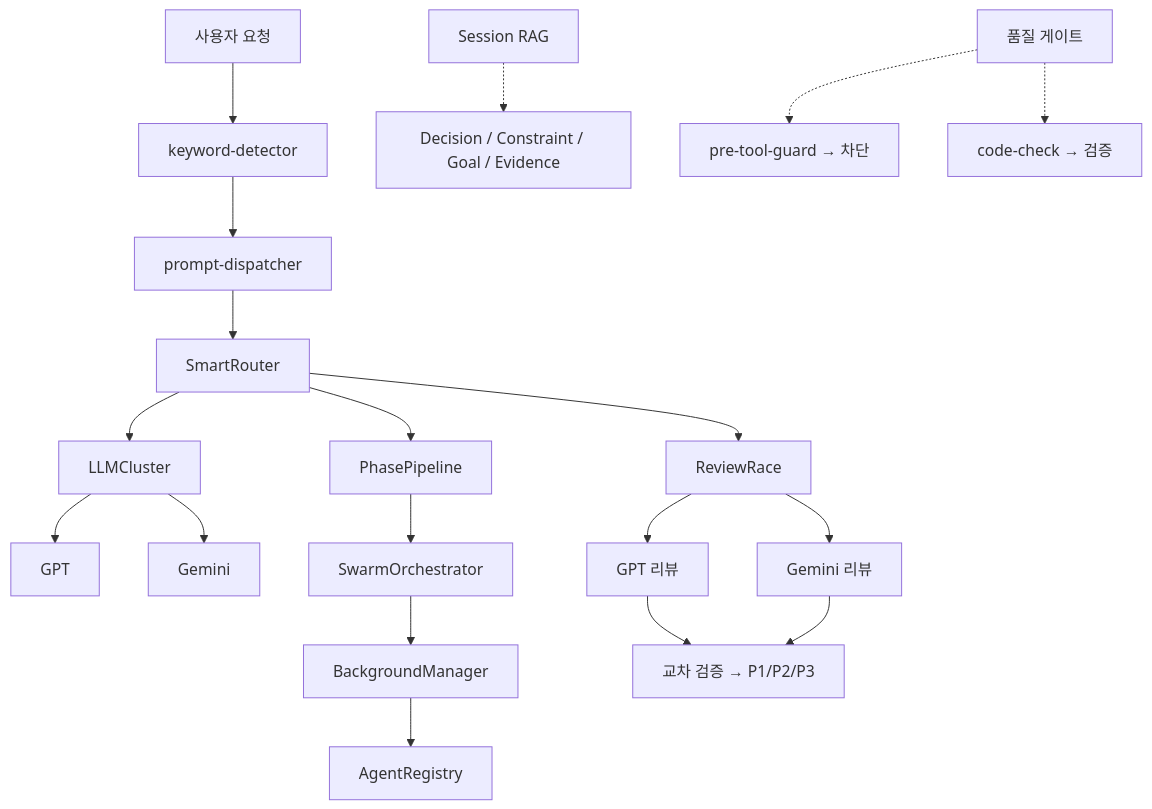
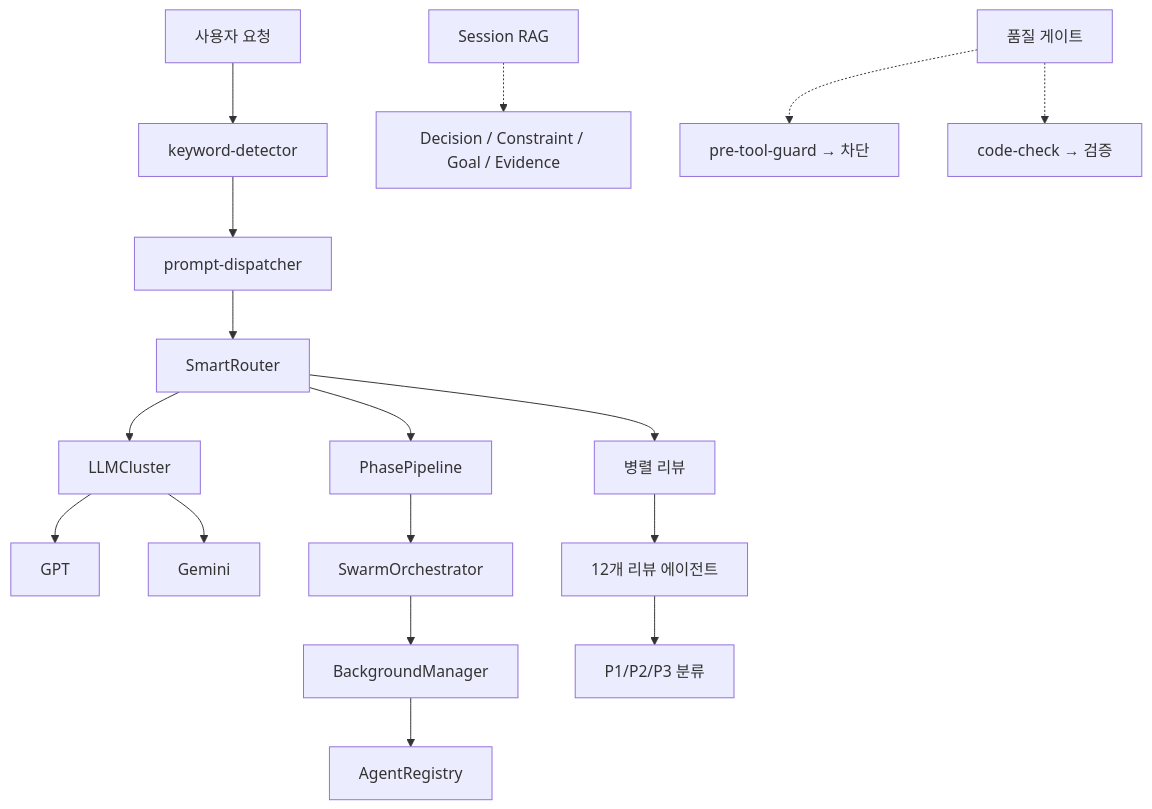
Before and after one commit to su-record/vibe: the second of 2 diagrams in README.md, drawn with Mermaid. The commit also changed other lines of this file, not shown here.

````diff
--- a/README.md
+++ b/README.md
@@ -413,25 +417,23 @@
 ```mermaid
 flowchart TD
     A["사용자 요청"] --> B["keyword-detector"]
     B --> C["prompt-dispatcher"]
     C --> D["SmartRouter"]
 
     D --> E["LLMCluster"]
     E --> E1["GPT"]
     E --> E2["Gemini"]
 
     D --> F["PhasePipeline"]
     F --> G["SwarmOrchestrator"]
     G --> H["BackgroundManager"]
     H --> I["AgentRegistry"]
 
-    D --> J["ReviewRace"]
-    J --> J1["GPT 리뷰"]
-    J --> J2["Gemini 리뷰"]
-    J1 --> K["교차 검증 → P1/P2/P3"]
-    J2 --> K
+    D --> J["병렬 리뷰"]
+    J --> J1["12개 리뷰 에이전트"]
+    J1 --> K["P1/P2/P3 분류"]
 
     L["Session RAG"] -.-> M["Decision / Constraint / Goal / Evidence"]
     O["품질 게이트"] -.-> P["pre-tool-guard → 차단"]
     O -.-> Q["code-check → 검증"]
 ```
````
